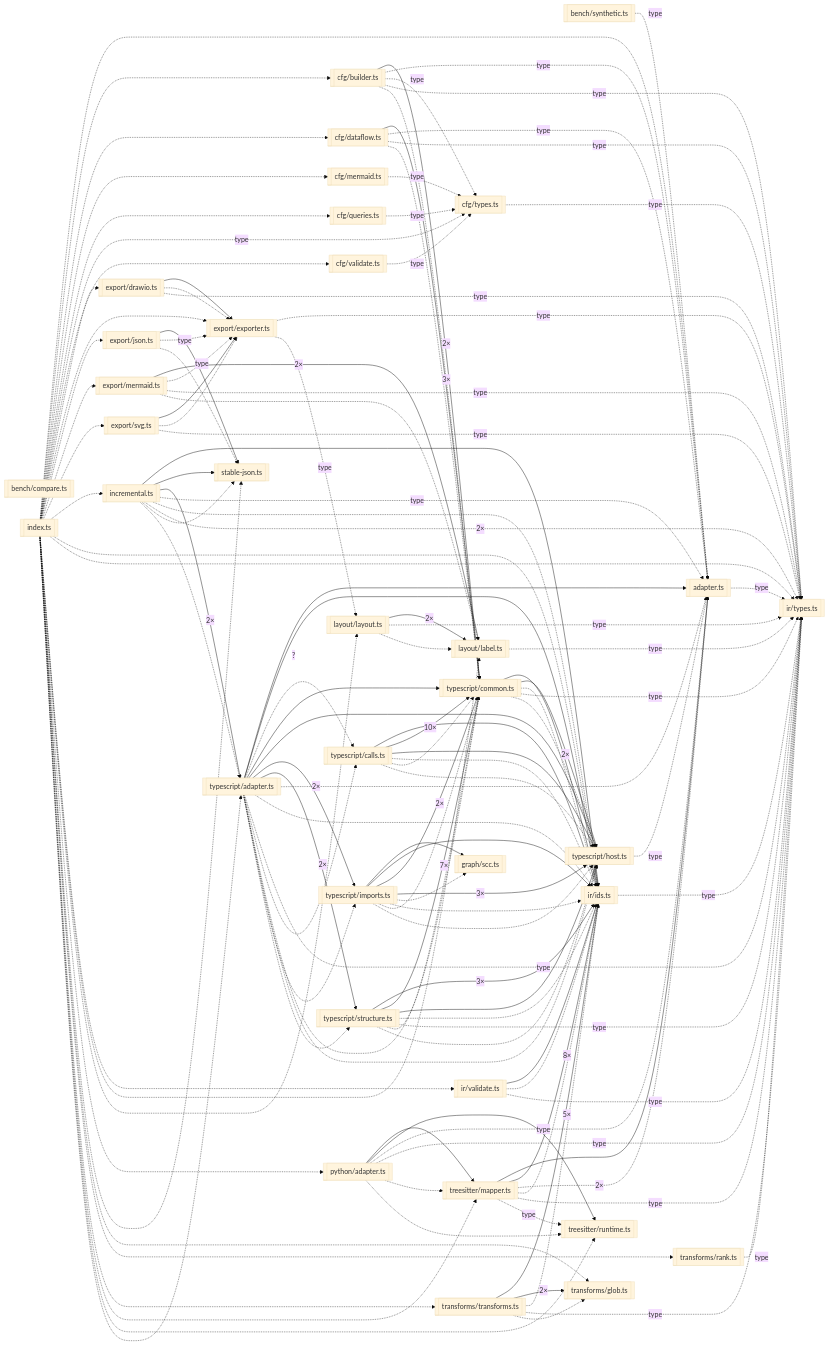
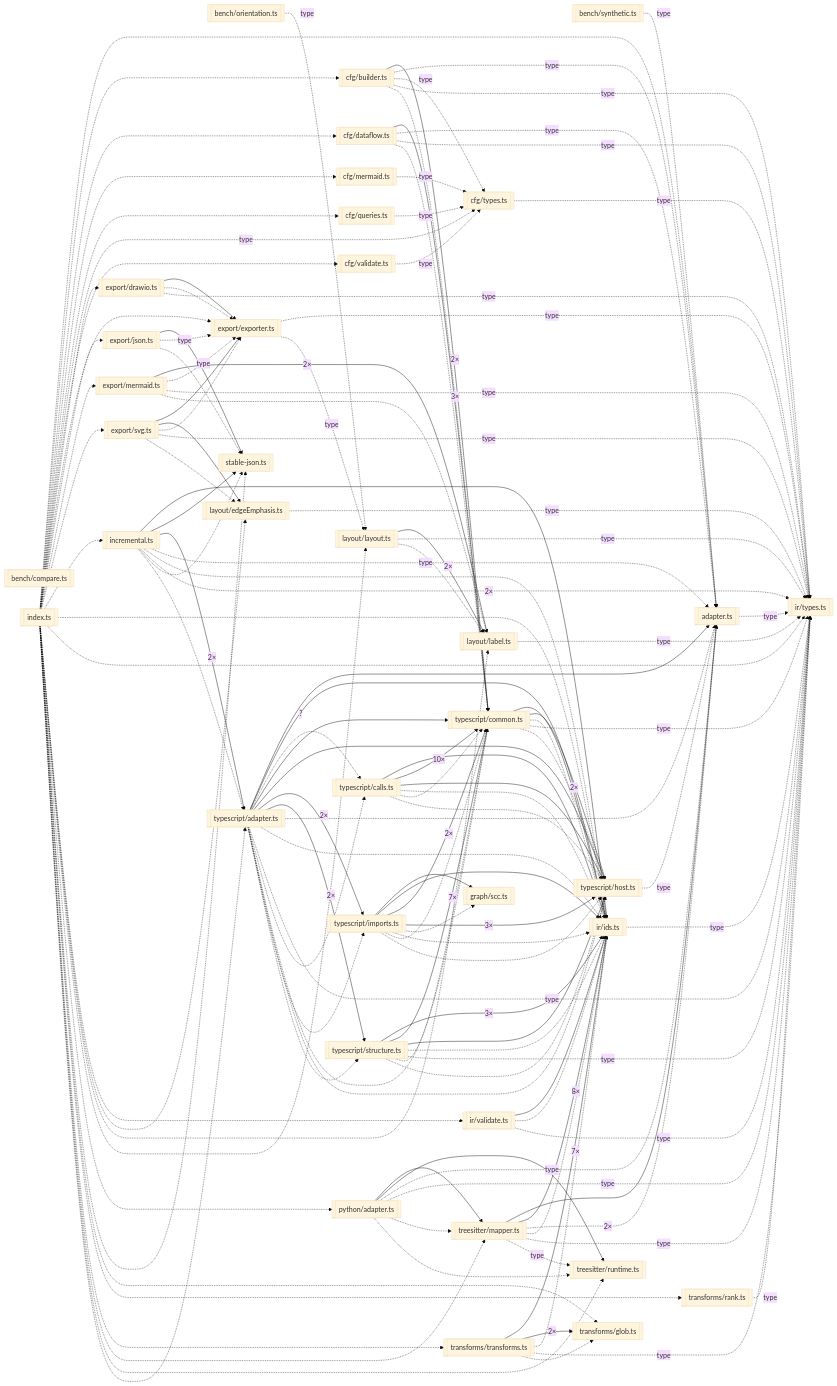
One commit to georgyia/surrounded-by-slop changed the first of 3 diagrams in docs/architecture.md. Above: the diagram before and after it, drawn with Mermaid (base theme). The commit also changed other lines of this file and 14 other files, not shown here.

First line of the commit message:
feat: readable diagrams — edge hierarchy and auto folder depth (#98, #99) (#103)

```diff
--- a/docs/architecture.md
+++ b/docs/architecture.md
@@ -48,6 +48,7 @@
 flowchart LR
   module_adapter_ts[["adapter.ts"]]
   module_bench_compare_ts[["bench/compare.ts"]]
+  module_bench_orientation_ts[["bench/orientation.ts"]]
   module_bench_synthetic_ts[["bench/synthetic.ts"]]
   module_cfg_builder_ts[["cfg/builder.ts"]]
   module_cfg_dataflow_ts[["cfg/dataflow.ts"]]
@@ -66,6 +67,7 @@
   module_ir_ids_ts[["ir/ids.ts"]]
   module_ir_types_ts[["ir/types.ts"]]
   module_ir_validate_ts[["ir/validate.ts"]]
+  module_layout_edgeEmphasis_ts[["layout/edgeEmphasis.ts"]]
   module_layout_label_ts[["layout/label.ts"]]
   module_layout_layout_ts[["layout/layout.ts"]]
   module_python_adapter_ts[["python/adapter.ts"]]
@@ -87,6 +89,7 @@
   module_export_json_ts --> module_stable_json_ts
   module_export_mermaid_ts -->|"2×"| module_layout_label_ts
   module_export_svg_ts --> module_export_exporter_ts
+  module_export_svg_ts --> module_layout_edgeEmphasis_ts
   module_incremental_ts --> module_ir_ids_ts
   module_incremental_ts --> module_stable_json_ts
   module_incremental_ts -->|"2×"| module_typescript_adapter_ts
@@ -94,7 +97,7 @@
   module_layout_layout_ts -->|"2×"| module_layout_label_ts
   module_python_adapter_ts --> module_treesitter_mapper_ts
   module_python_adapter_ts --> module_treesitter_runtime_ts
-  module_transforms_transforms_ts -->|"5×"| module_ir_ids_ts
+  module_transforms_transforms_ts -->|"7×"| module_ir_ids_ts
   module_transforms_transforms_ts -->|"2×"| module_transforms_glob_ts
   module_treesitter_mapper_ts --> module_adapter_ts
   module_treesitter_mapper_ts -->|"8×"| module_ir_ids_ts
@@ -118,6 +121,7 @@
   module_typescript_structure_ts -->|"7×"| module_typescript_common_ts
   module_typescript_structure_ts --> module_typescript_host_ts
   module_adapter_ts -.->|"type"| module_ir_types_ts
+  module_bench_orientation_ts -.->|"type"| module_layout_layout_ts
   module_bench_synthetic_ts -.->|"type"| module_adapter_ts
   module_cfg_builder_ts -.->|"type"| module_adapter_ts
   module_cfg_builder_ts -.->|"type"| module_cfg_types_ts
@@ -141,6 +145,7 @@
   module_export_mermaid_ts -.-> module_layout_label_ts
   module_export_svg_ts -.-> module_export_exporter_ts
   module_export_svg_ts -.->|"type"| module_ir_types_ts
+  module_export_svg_ts -.-> module_layout_edgeEmphasis_ts
   module_incremental_ts -.->|"type"| module_adapter_ts
   module_incremental_ts -.-> module_ir_ids_ts
   module_incremental_ts -.->|"2×"| module_ir_types_ts
@@ -162,6 +167,7 @@
   module_index_ts -.-> module_ir_ids_ts
   module_index_ts -.-> module_ir_types_ts
   module_index_ts -.-> module_ir_validate_ts
+  module_index_ts -.-> module_layout_edgeEmphasis_ts
   module_index_ts -.-> module_layout_label_ts
   module_index_ts -.-> module_layout_layout_ts
   module_index_ts -.-> module_python_adapter_ts
@@ -175,6 +181,7 @@
   module_ir_ids_ts -.->|"type"| module_ir_types_ts
   module_ir_validate_ts -.-> module_ir_ids_ts
   module_ir_validate_ts -.->|"type"| module_ir_types_ts
+  module_layout_edgeEmphasis_ts -.->|"type"| module_ir_types_ts
   module_layout_label_ts -.->|"type"| module_ir_types_ts
   module_layout_layout_ts -.->|"type"| module_ir_types_ts
   module_layout_layout_ts -.-> module_layout_label_ts
```
